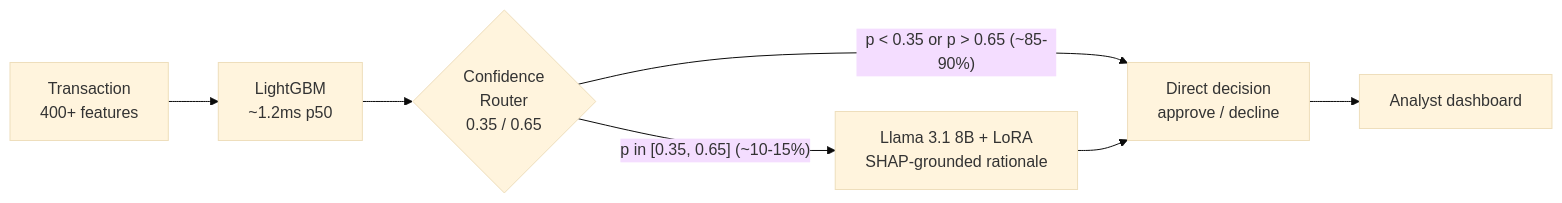
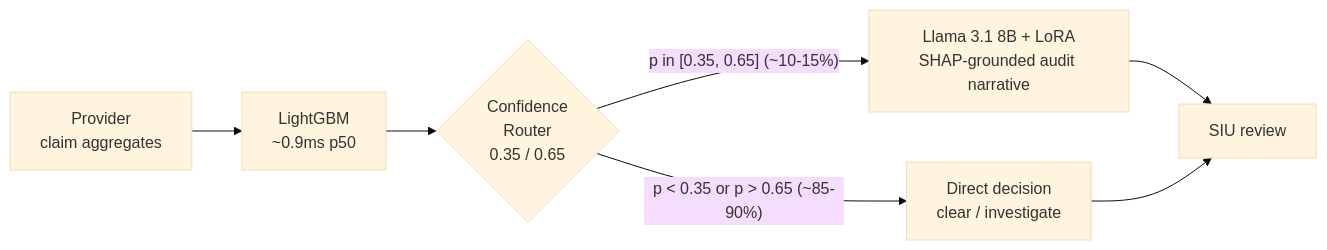
Before and after one commit to charanyellanki/FraudSentinel: the diagram in README.md, drawn with Mermaid (base theme). The commit also changed other lines of this file and 52 other files, not shown here.

````diff
--- a/README.md
+++ b/README.md
@@ -56,9 +59,9 @@
 ```mermaid
 flowchart LR
-    Tx[Transaction<br/>400+ features] --> LGB[LightGBM<br/>~1.2ms p50]
+    Prov[Provider<br/>claim aggregates] --> LGB[LightGBM<br/>~0.9ms p50]
     LGB --> Router{Confidence<br/>Router<br/>0.35 / 0.65}
-    Router -- "p &lt; 0.35 or p &gt; 0.65 (~85-90%)" --> Direct[Direct decision<br/>approve / decline]
-    Router -- "p in [0.35, 0.65] (~10-15%)" --> LLM[Llama 3.1 8B + LoRA<br/>SHAP-grounded rationale]
-    LLM --> Direct
-    Direct --> UI[Analyst dashboard]
+    Router -- "p &lt; 0.35 or p &gt; 0.65 (~85-90%)" --> Direct[Direct decision<br/>clear / investigate]
+    Router -- "p in [0.35, 0.65] (~10-15%)" --> LLM[Llama 3.1 8B + LoRA<br/>SHAP-grounded audit narrative]
+    LLM --> SIU[SIU review]
+    Direct --> SIU
 ```
````
